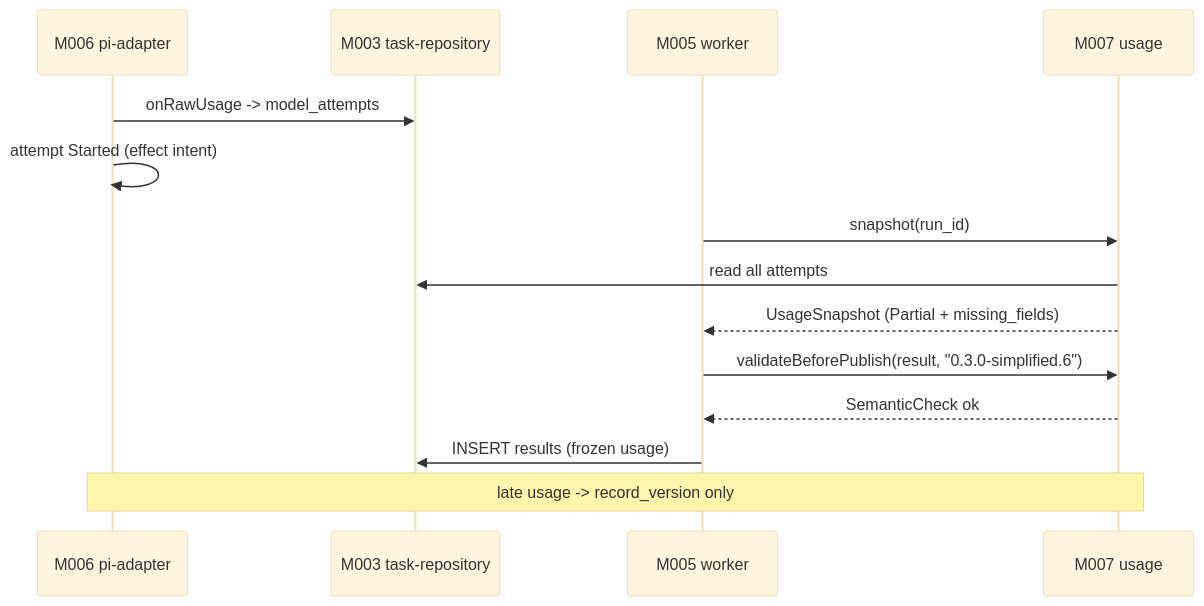
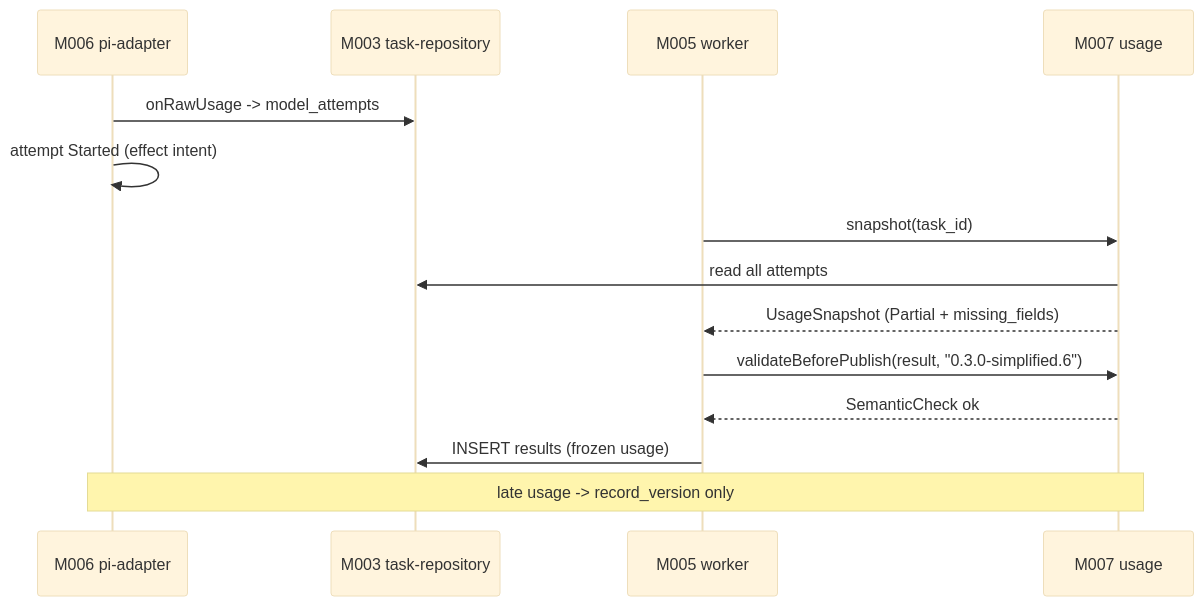
One commit to corezilla/piko changed the fourth of 7 diagrams in docs/20_system_design/mechanisms/piko-usage.md. Above: the diagram before and after it, drawn with Mermaid (base theme). The commit also changed other lines of this file and 20 other files, not shown here.

````diff
--- a/docs/20_system_design/mechanisms/piko-usage.md
+++ b/docs/20_system_design/mechanisms/piko-usage.md
@@ -267,16 +267,16 @@
 ```mermaid
 sequenceDiagram
   participant PI as M006 pi-adapter
   participant Repo as M003 task-repository
   participant W as M005 worker
   participant Use as M007 usage
   PI->>Repo: onRawUsage -> model_attempts
   PI->>PI: attempt Started (effect intent)
-  W->>Use: snapshot(run_id)
+  W->>Use: snapshot(task_id)
   Use->>Repo: read all attempts
   Use-->>W: UsageSnapshot (Partial + missing_fields)
   W->>Use: validateBeforePublish(result, "0.3.0-simplified.6")
   Use-->>W: SemanticCheck ok
   W->>Repo: INSERT results (frozen usage)
   Note over PI,Use: late usage -> record_version only
 ```
````
